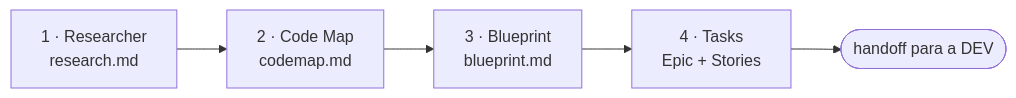
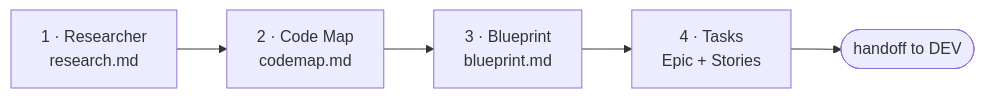
Before and after one commit to correaschneider/ai-factory: the diagram in docs/factories/po.md, drawn with Mermaid. The commit also changed other lines of this file and 49 other files, not shown here.

````diff
--- a/docs/factories/po.md
+++ b/docs/factories/po.md
@@ -17,7 +17,7 @@
 ```mermaid
 flowchart LR
     R[1 · Researcher<br/>research.md] --> M[2 · Code Map<br/>codemap.md]
     M --> B[3 · Blueprint<br/>blueprint.md]
     B --> T[4 · Tasks<br/>Epic + Stories]
-    T --> H([handoff para a DEV])
+    T --> H([handoff to DEV])
 ```
````
